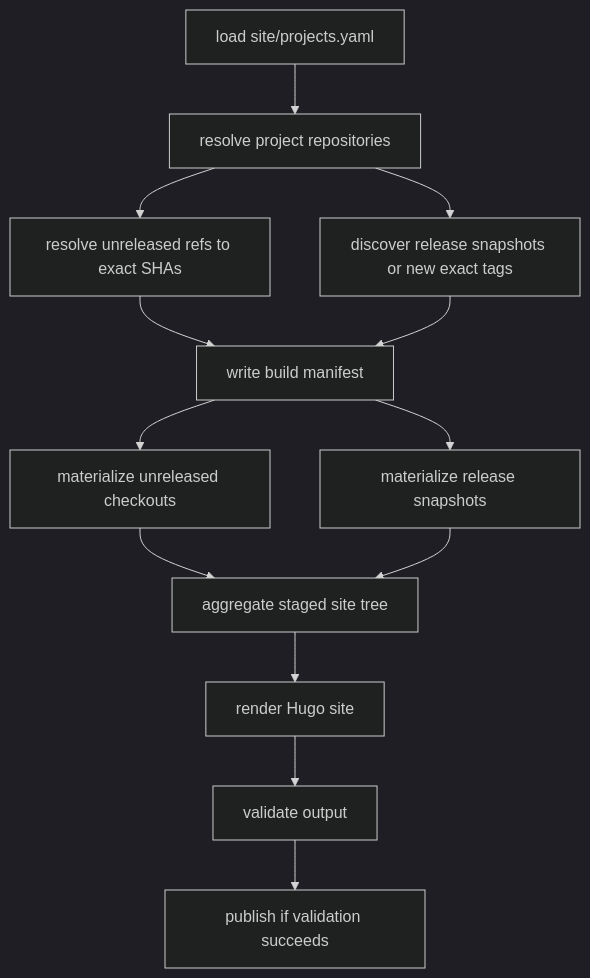
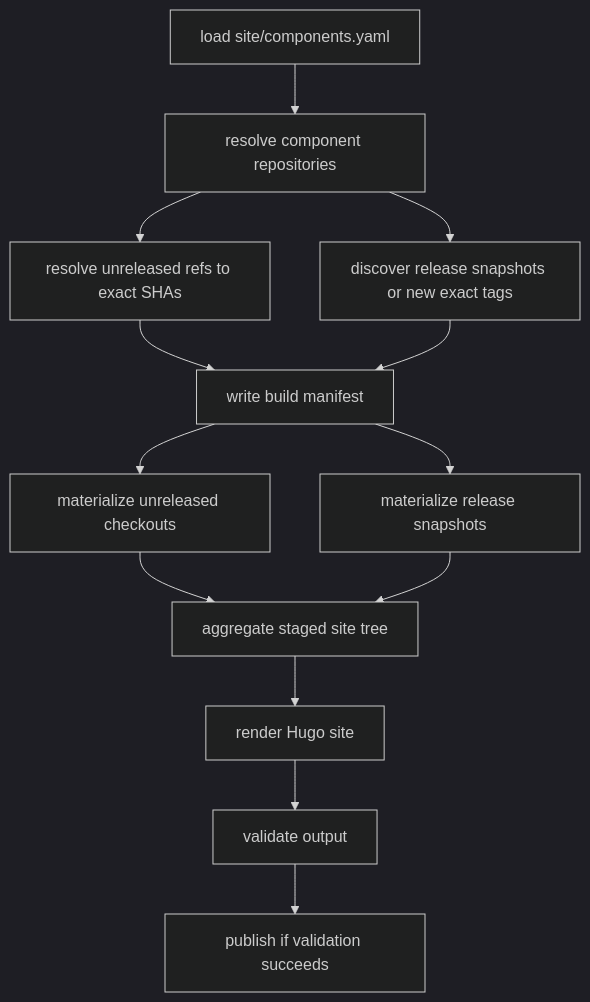
One commit to buildish-tooling/buildish changed the diagram in site/site/docs/site-ci-and-local-overrides.md. Above: the diagram before and after it, drawn with Mermaid (dark theme). The commit also changed other lines of this file and 35 other files, not shown here.

````diff
--- a/site/site/docs/site-ci-and-local-overrides.md
+++ b/site/site/docs/site-ci-and-local-overrides.md
@@ -147,15 +147,15 @@
 ```mermaid
 flowchart TD
-    A[load site/projects.yaml] --> B[resolve project repositories]
+    A[load site/components.yaml] --> B[resolve component repositories]
     B --> C[resolve unreleased refs to exact SHAs]
     B --> D[discover release snapshots or new exact tags]
     C --> E[write build manifest]
     D --> E
     E --> F[materialize unreleased checkouts]
     E --> G[materialize release snapshots]
     F --> H[aggregate staged site tree]
     G --> H
     H --> I[render Hugo site]
     I --> J[validate output]
     J --> K[publish if validation succeeds]
 ```
````
